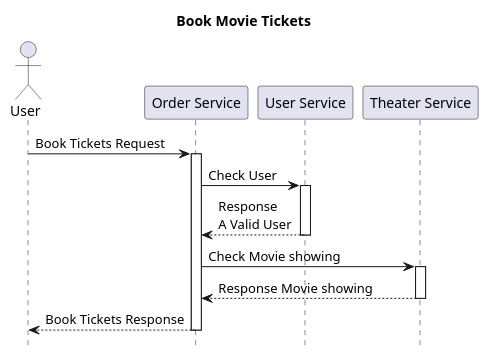
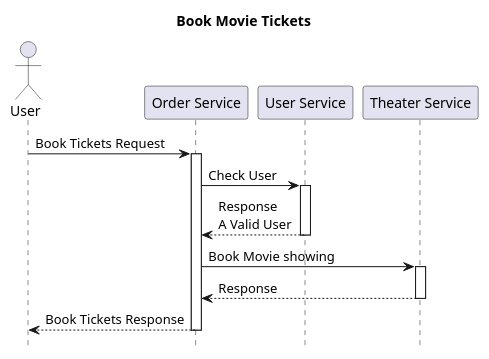
The diagram in diagram/bookMovieTickets.pu (b4456609/movie-example), drawn with PlantUML before and after one commit. The commit also changed 2 other files, not shown here.

Commit message:
fix book operation

```diff
--- a/diagram/bookMovieTickets.pu
+++ b/diagram/bookMovieTickets.pu
@@ -1,26 +1,26 @@
 @startuml
 hide footbox
 title Book Movie Tickets
 
 actor User
 participant "Order Service" as OS
 participant "User Service" as US
 participant "Theater Service" as TS
 
 User -> OS: Book Tickets Request
 activate OS
 
 OS -> US: Check User
 activate US
 US --> OS: Response\nA Valid User
 deactivate US
 
-OS -> TS: Check Movie showing
+OS -> TS: Book Movie showing
 activate TS
-TS --> OS: Response Movie showing
+TS --> OS: Response
 deactivate TS
 
 OS --> User: Book Tickets Response
 deactivate OS
 
 @enduml
```
